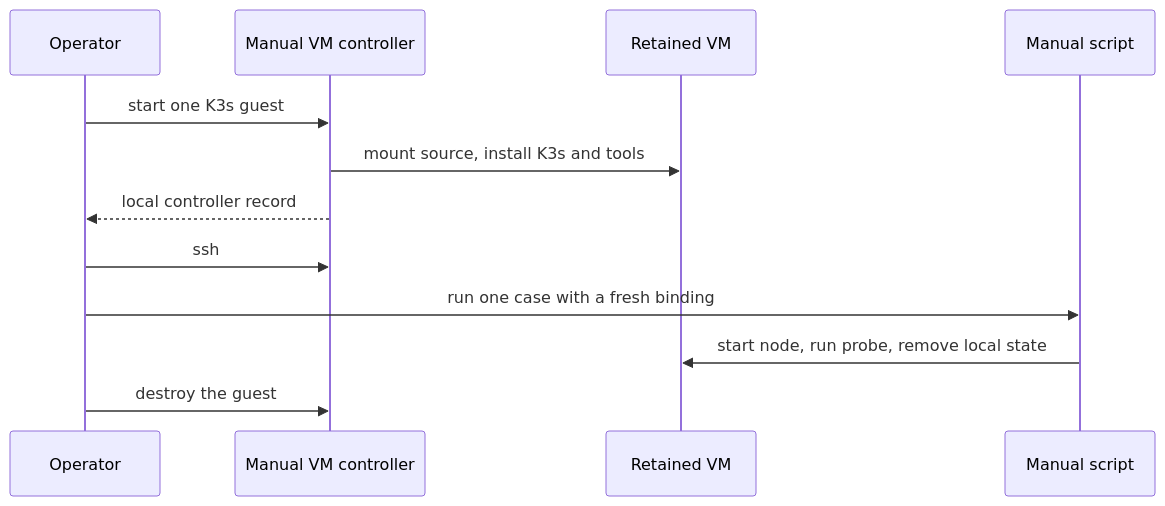
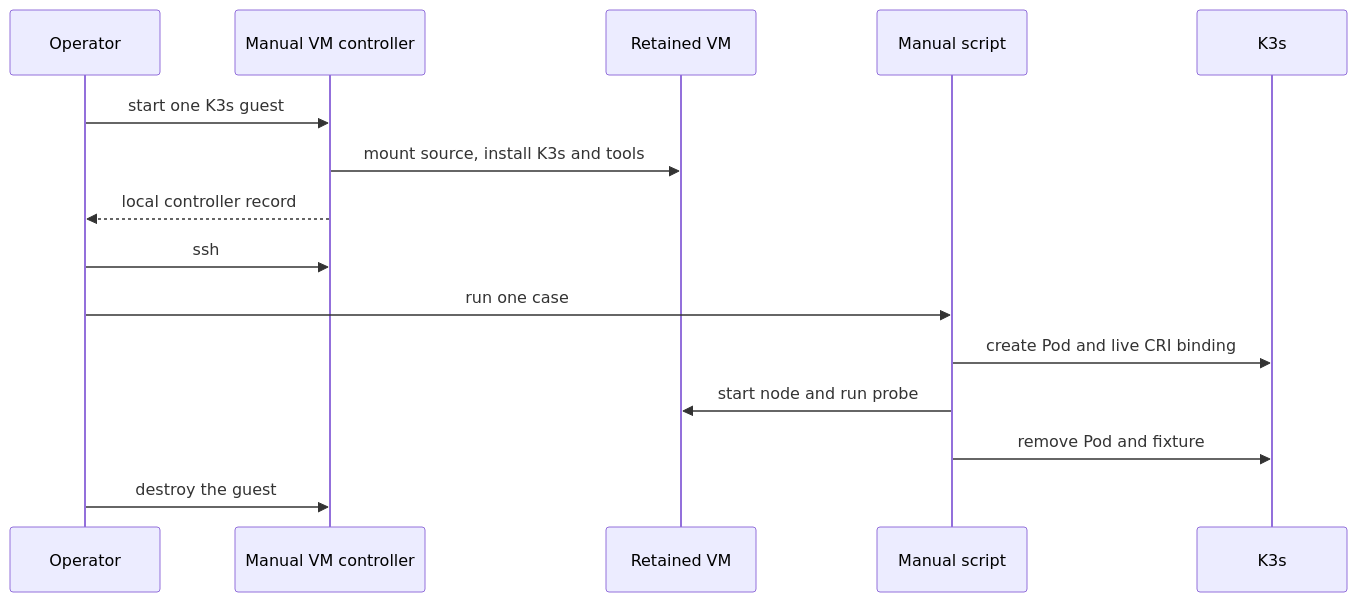
Before and after one commit to Ereborlabs/erebor-runtime: diagram 30 of 31 in docs/plans/mithril-hugging-face-intrusion-prevention/implemented-phase-review.md, drawn with Mermaid. The commit also changed other lines of this file and 33 other files, not shown here.

````diff
--- a/docs/plans/mithril-hugging-face-intrusion-prevention/implemented-phase-review.md
+++ b/docs/plans/mithril-hugging-face-intrusion-prevention/implemented-phase-review.md
@@ -2219,15 +2230,18 @@
 ```mermaid
 sequenceDiagram
     participant O as Operator
     participant H as Manual VM controller
     participant V as Retained VM
     participant S as Manual script
+    participant K as K3s
 
     O->>H: start one K3s guest
     H->>V: mount source, install K3s and tools
     H-->>O: local controller record
     O->>H: ssh
-    O->>S: run one case with a fresh binding
-    S->>V: start node, run probe, remove local state
+    O->>S: run one case
+    S->>K: create Pod and live CRI binding
+    S->>V: start node and run probe
+    S->>K: remove Pod and fixture
     O->>H: destroy the guest
 ```
````
